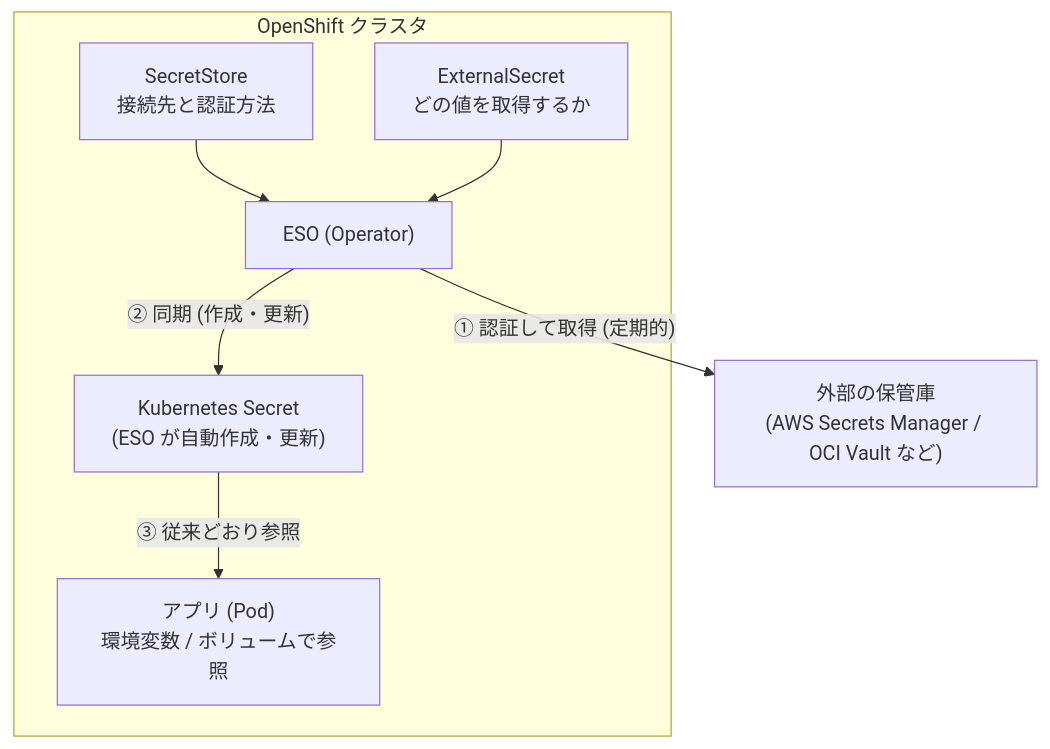
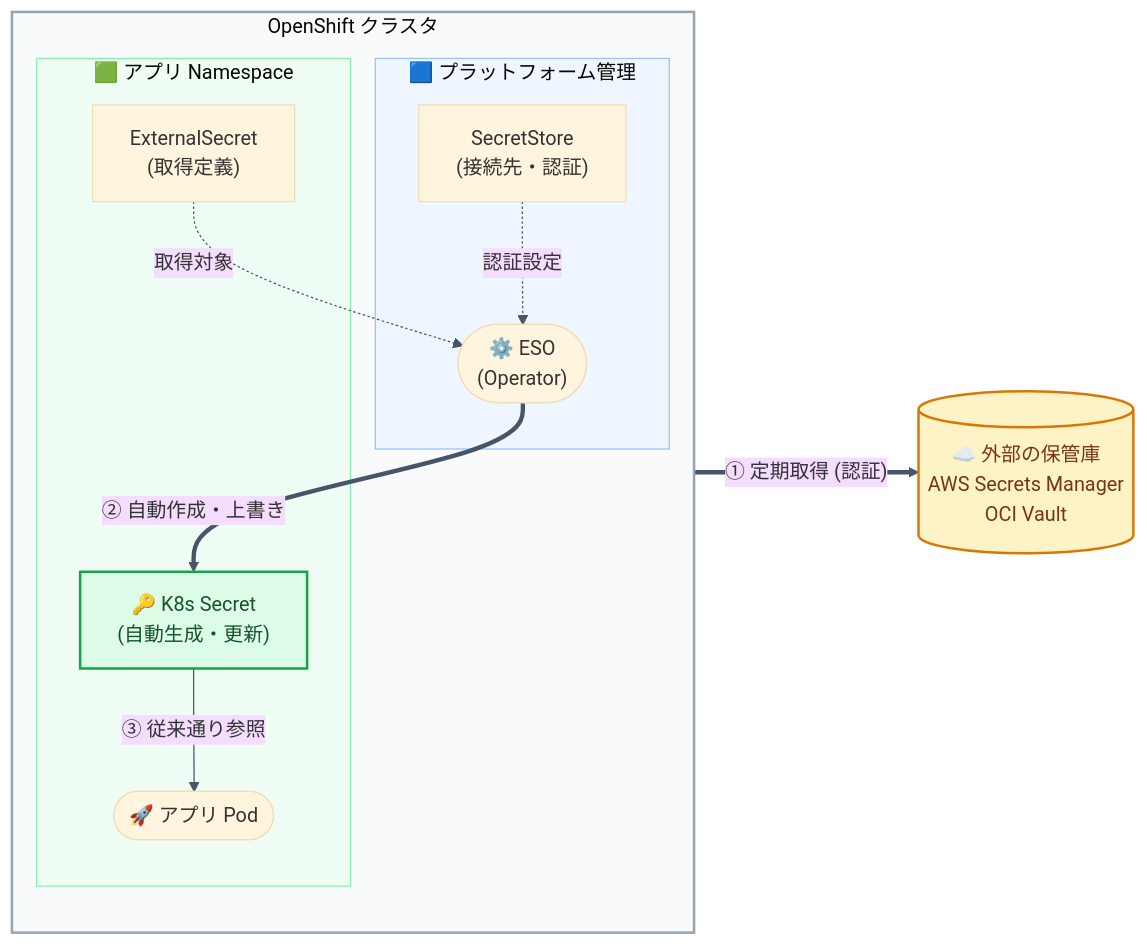
The third of 12 diagrams in README.md (akudo-rh/eso-secret-management), drawn with Mermaid before and after one commit.

Commit message:
Update Mermaid diagram and resource table in README

````diff
--- a/README.md
+++ b/README.md
@@ -67,16 +67,31 @@
 ```mermaid
-flowchart TB
-  V["外部の保管庫<br/>(AWS Secrets Manager / OCI Vault など)"]
+%%{init: {'theme': 'base', 'themeVariables': { 'fontFamily': 'sans-serif', 'lineColor': '#475569'}}}%%
+flowchart LR
+  V[("☁️ 外部の保管庫<br/>AWS Secrets Manager<br/>OCI Vault")]
+
   subgraph OCP["OpenShift クラスタ"]
-    SS["SecretStore<br/>接続先と認証方法"]
-    ES["ExternalSecret<br/>どの値を取得するか"]
-    ESO["ESO (Operator)"]
-    SEC["Kubernetes Secret<br/>(ESO が自動作成・更新)"]
-    APP["アプリ (Pod)<br/>環境変数 / ボリュームで参照"]
-    SS --> ESO
-    ES --> ESO
-    ESO -- "② 同期 (作成・更新)" --> SEC
-    SEC -- "③ 従来どおり参照" --> APP
+    direction TB
+    subgraph PF["🟦 プラットフォーム管理"]
+      SS["SecretStore<br/>(接続先・認証)"]
+      ESO(["⚙️ ESO<br/>(Operator)"])
+    end
+
+    subgraph APP_NS["🟩 アプリ Namespace"]
+      ES["ExternalSecret<br/>(取得定義)"]
+      SEC["🔑 K8s Secret<br/>(自動生成・更新)"]
+      APP(["🚀 アプリ Pod"])
+    end
   end
-  ESO -- "① 認証して取得 (定期的)" --> V
+
+  SS -. "認証設定" .-> ESO
+  ES -. "取得対象" .-> ESO
+  ESO == "① 定期取得 (認証)" ==> V
+  ESO == "② 自動作成・上書き" ==> SEC
+  SEC -- "③ 従来通り参照" --> APP
+
+  style OCP fill:#f8fafc,stroke:#94a3b8,stroke-width:2px
+  style PF fill:#eff6ff,stroke:#93c5fd
+  style APP_NS fill:#f0fdf4,stroke:#86efac
+  style V fill:#fef3c7,stroke:#d97706,stroke-width:2px,color:#78350f
+  style SEC fill:#dcfce7,stroke:#16a34a,stroke-width:2px,color:#14532d
 ```
````
